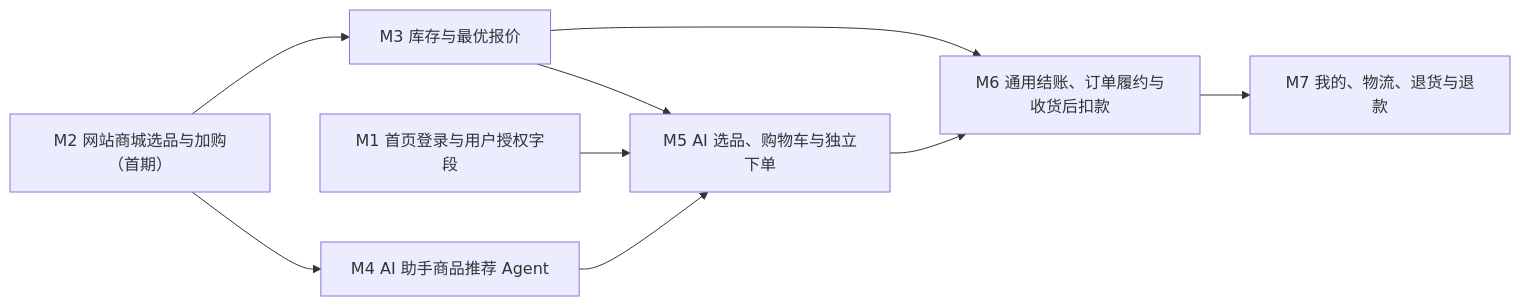
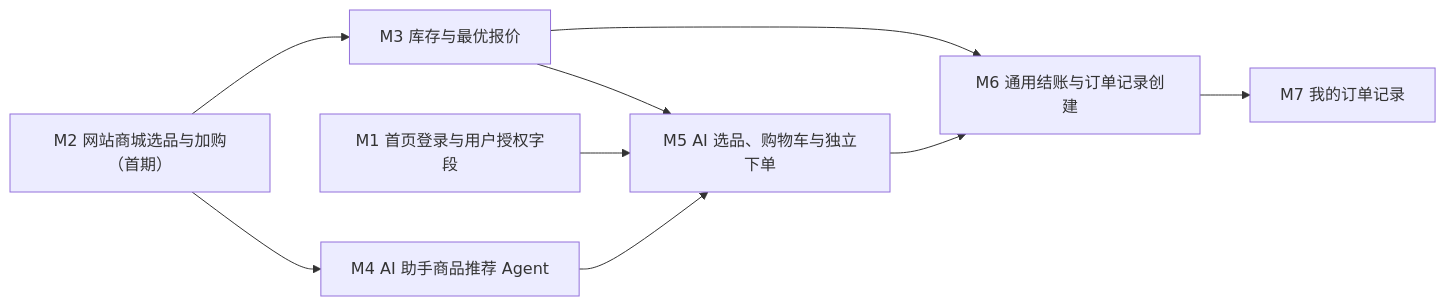
The diagram in docs/v0.1.0/module-delivery-splitting.md (sunqun/ai-shop-assistant), drawn with Mermaid before and after one commit. The commit also changed other lines of this file and 3 other files, not shown here.

````diff
--- a/docs/v0.1.0/module-delivery-splitting.md
+++ b/docs/v0.1.0/module-delivery-splitting.md
@@ -50,11 +50,11 @@
 ```mermaid
 flowchart LR
   M2["M2 网站商城选品与加购（首期）"] --> M3["M3 库存与最优报价"]
   M2 --> M4["M4 AI 助手商品推荐 Agent"]
   M3 --> M5["M5 AI 选品、购物车与独立下单"]
   M1["M1 首页登录与用户授权字段"] --> M5
   M4 --> M5
-  M3 --> M6["M6 通用结账、订单履约与收货后扣款"]
+  M3 --> M6["M6 通用结账与订单记录创建"]
   M5 --> M6
-  M6 --> M7["M7 我的、物流、退货与退款"]
+  M6 --> M7["M7 我的订单记录"]
 ```
````
